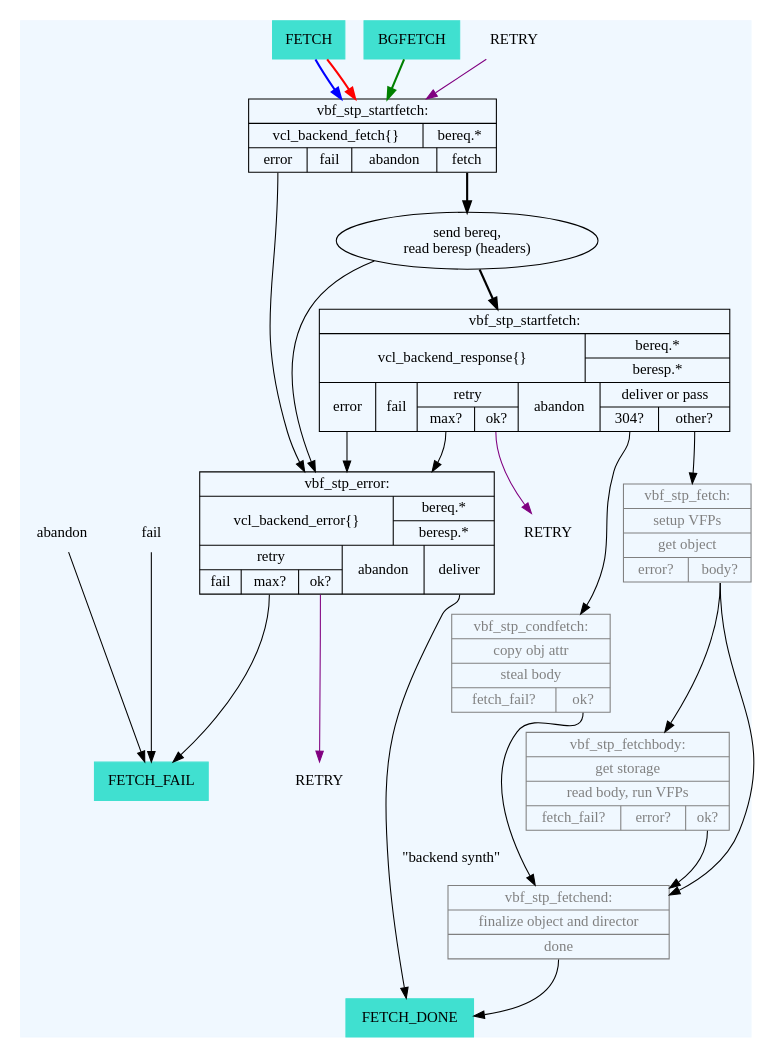
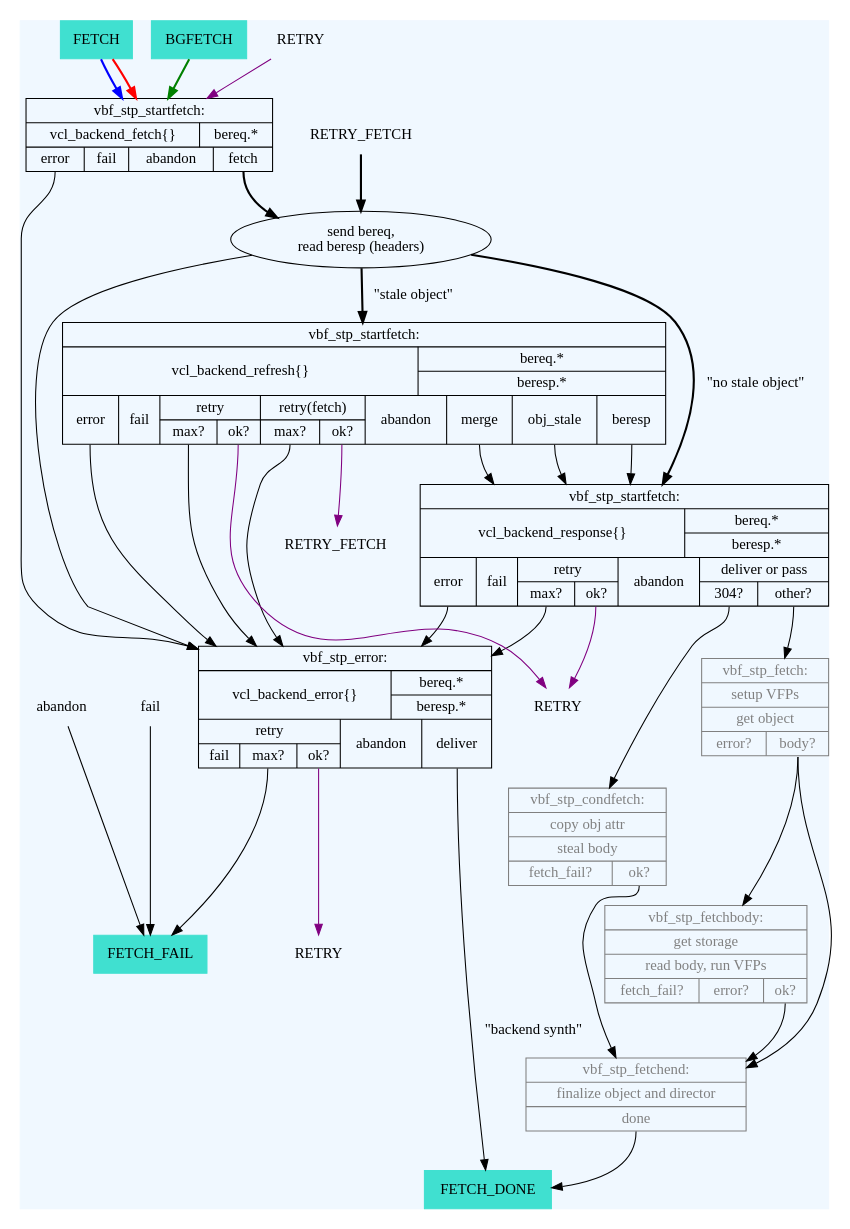
One commit to varnishcache/varnish-cache changed the diagram in doc/graphviz/cache_fetch.dot. Above: the diagram before and after it, drawn with Graphviz. The commit also changed 1 other file, not shown here.

Commit message:
VBF: add vcl_backend_refresh to cache_fetch.dot

```diff
--- a/doc/graphviz/cache_fetch.dot
+++ b/doc/graphviz/cache_fetch.dot
@@ -1,120 +1,139 @@
 /*
  * we should format labels in a readable form like
  *			    label="
  *			    {vbf_stp_startfetch:|
  *				    {vcl_backend_fetch\{\}|bereq.*}|
  *				    {abandon|
  *					    <fetch>fetch}}"
  *
  * <rant>
  * ... but some servers in the v-c.o build farm use old graphviz 2.26.3
  * which cannot handle labels with additional whitespace properly, so
  * for the time being we need to fall back into dark middle ages and
  * use illegibly long lines
  * </rant>
  * -- slink 20141013
  */
 
 digraph cache_fetch {
 	margin="0.5"
 	center="1"
 
 	/*** cache_fetch.c ***/
 	subgraph cluster_backend {
 		style=filled
 		color=aliceblue
 		RETRY [shape=plaintext]
 		v_b_f_BGFETCH [label="BGFETCH",
 			       shape=box,
 			       style=filled,
 			       color=turquoise]
 		v_b_f_FETCH [label="FETCH",
 			       shape=box,
 			       style=filled,
 			       color=turquoise]
 		v_b_f_BGFETCH -> v_b_f [style=bold,color=green]
 		v_b_f_FETCH -> v_b_f [style=bold,color=blue]
 		v_b_f_FETCH -> v_b_f [style=bold,color=red]
 		RETRY -> v_b_f [color=purple]
 		/* vbf_stp_startfetch() */
 		v_b_f [
 			    shape=record
 			    label="{vbf_stp_startfetch:|{vcl_backend_fetch\{\}|bereq.*}|{<error>error|fail|abandon|<fetch>fetch}}"
 		]
 		v_b_f:error:s -> v_b_e
 		v_b_f:fetch:s -> v_b_hdrs [style=bold]
+		RETRY_FETCH [shape=plaintext]
+		RETRY_FETCH -> v_b_hdrs [style=bold]
 		v_b_hdrs [ label="send bereq,\nread beresp (headers)"]
-		v_b_hdrs -> v_b_r [style=bold]
+		v_b_hdrs -> v_b_r [label="\"no stale object\""] [style=bold]
 		v_b_hdrs -> v_b_e
+		v_b_hdrs -> v_b_refresh [label="\"stale object\""] [style=bold]
+
+		v_b_refresh [
+			    shape=record
+			    label="{vbf_stp_startfetch:|{vcl_backend_refresh\{\}|{bereq.*|beresp.*}}|{<error>error|fail|{retry|{<max>max?|<retry>ok?}}|{retry(fetch)|{<rf_max>max?|<rf_retry>ok?}}|abandon|<merge>merge|<stale>obj_stale|<beresp>beresp}}"
+		]
+		v_b_refresh:error:s -> v_b_e
+		v_b_refresh:retry -> v_b_r_retry [color=purple]
+		v_b_refresh:rf_retry -> v_b_r_retry_fetch [color=purple]
+		v_b_refresh:rf_max -> v_b_e
+		v_b_refresh:max -> v_b_e
+
+		v_b_refresh:merge -> v_b_r
+		v_b_refresh:beresp -> v_b_r
+		v_b_refresh:stale -> v_b_r
+
 		v_b_r [
 			    shape=record
 			    label="{vbf_stp_startfetch:|{vcl_backend_response\{\}|{bereq.*|beresp.*}}|{<error>error|fail|{retry|{<max>max?|<retry>ok?}}|abandon|{deliver or pass|{<fetch_304>304?|<non_304>other?}}}}"
 		]
 		v_b_r:error:s -> v_b_e
 		v_b_r:retry -> v_b_r_retry [color=purple]
 		v_b_r:max -> v_b_e
 		v_b_r:fetch_304:s -> vbf_stp_condfetch
 		v_b_r:non_304:s -> vbf_stp_fetch
 
 		v_b_r_retry [label="RETRY",shape=plaintext]
+		v_b_r_retry_fetch [label="RETRY_FETCH",shape=plaintext]
 
 		vbf_stp_fetchbody [
 			       shape=record
 			       fontcolor=grey
 			       color=grey
 			       label="{vbf_stp_fetchbody:|get storage|read body, run VFPs|{fetch_fail?|error?|<ok>ok?}}"
 			       ]
 		vbf_stp_fetchbody:ok:s -> vbf_stp_fetchend
 
 		vbf_stp_fetch [
 			       shape=record
 			       fontcolor=grey
 			       color=grey
 			       label="{vbf_stp_fetch:|setup VFPs|get object|{error?|<body>body?}}"
 			       ]
 		vbf_stp_fetch:body:s -> vbf_stp_fetchbody
 		vbf_stp_fetch:body:s -> vbf_stp_fetchend
 
 		vbf_stp_fetchend [
 			       shape=record
 			       fontcolor=grey
 			       color=grey
 			       label="{vbf_stp_fetchend:|finalize object and director|<done>done}"
 			       ]
 		vbf_stp_fetchend:done:s -> FETCH_DONE
 
 		vbf_stp_condfetch [
 			       shape=record
 			       fontcolor=grey
 			       color=grey
 			       label="{vbf_stp_condfetch:|copy obj attr|steal body|{fetch_fail?|<ok>ok?}}"
 
 		]
 		vbf_stp_condfetch:ok:s -> vbf_stp_fetchend
 
 		fail [shape=plaintext]
 		fail -> FETCH_FAIL
 
 		/* vbf_stp_error */
 		v_b_e [
 			    shape=record
 			    label="{vbf_stp_error:|{vcl_backend_error\{\}|{bereq.*|beresp.*}}|{{retry|{<fail>fail|<max>max?|<retry>ok?}}|abandon|<deliver>deliver}}}"
 			    ]
 		// v_b_e:deliver aka "backend synth" - goes into cache
 		v_b_e:deliver -> FETCH_DONE [label="\"backend synth\""]
 		v_b_e:retry -> v_b_e_retry [color=purple]
 		v_b_e_retry [label="RETRY",shape=plaintext]
 		v_b_e:max:s -> FETCH_FAIL
 
 		v_b_e_retry [label="RETRY",shape=plaintext]
 
 		FETCH_DONE [label="FETCH_DONE",
 			    shape=box,style=filled,color=turquoise]
 
 		abandon [shape=plaintext]
 		abandon -> FETCH_FAIL
 		// F_STP_FAIL
 		FETCH_FAIL [label="FETCH_FAIL",
 			    shape=box,style=filled,color=turquoise]
 	}
 }
```
